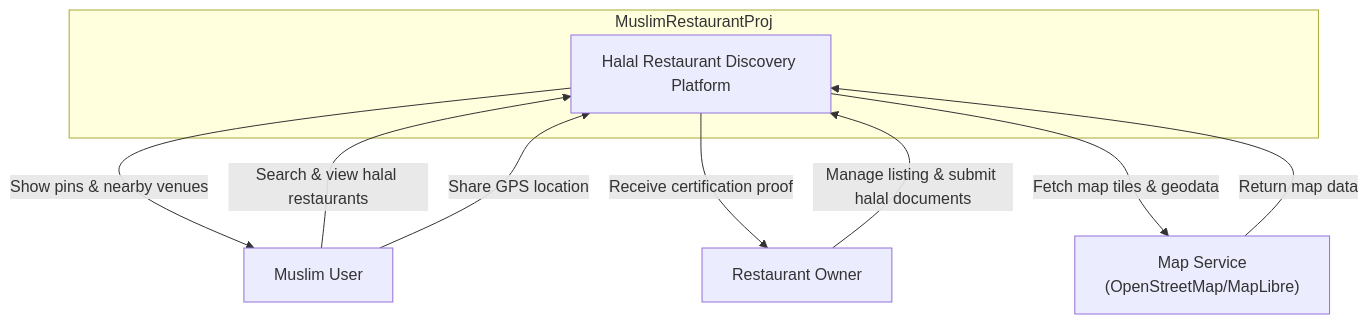
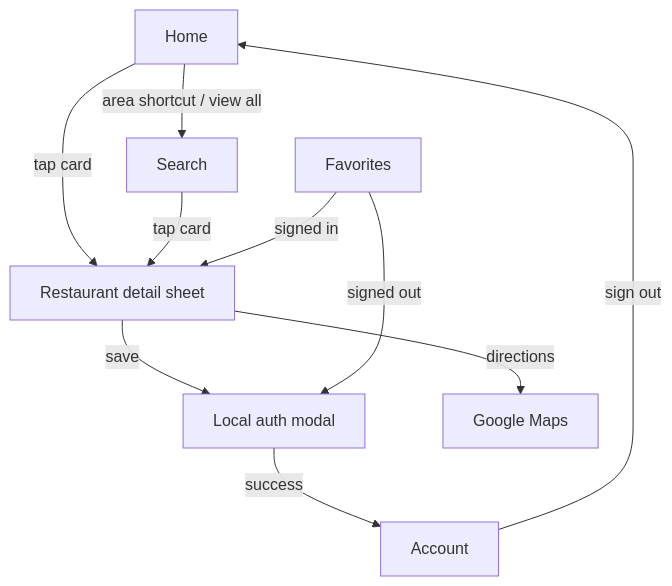
The second of 4 diagrams in .docs/02-design/diagrams.md (aro-phattarapon-stack/MuslimRestaurantProject), drawn with Mermaid before and after one commit. The commit also changed other lines of this file and 13 other files, not shown here.

````diff
--- a/.docs/02-design/diagrams.md
+++ b/.docs/02-design/diagrams.md
@@ -5,20 +25,19 @@
 ```mermaid
 flowchart TD
-    subgraph SYS["MuslimRestaurantProj"]
-        SYSTEM["Halal Restaurant Discovery Platform"]
-    end
+    HOME["Home"]
+    SEARCH["Search"]
+    DETAIL["Restaurant detail sheet"]
+    FAV["Favorites"]
+    ACCOUNT["Account"]
+    AUTH["Local auth modal"]
 
-    MUSLIM["Muslim User"]
-    OWNER["Restaurant Owner"]
-    MAPSVC["Map Service<br/>(OpenStreetMap/MapLibre)"]
-
-    MUSLIM -->|Search & view halal restaurants| SYSTEM
-    MUSLIM -->|Share GPS location| SYSTEM
-    SYSTEM -->|Show pins & nearby venues| MUSLIM
-
-    OWNER -->|Manage listing & submit halal documents| SYSTEM
-    SYSTEM -->|Receive certification proof| OWNER
-
-    SYSTEM -->|Fetch map tiles & geodata| MAPSVC
-    MAPSVC -->|Return map data| SYSTEM
+    HOME -->|area shortcut / view all| SEARCH
+    HOME -->|tap card| DETAIL
+    SEARCH -->|tap card| DETAIL
+    DETAIL -->|save| AUTH
+    DETAIL -->|directions| MAP["Google Maps"]
+    FAV -->|signed out| AUTH
+    FAV -->|signed in| DETAIL
+    ACCOUNT -->|sign out| HOME
+    AUTH -->|success| ACCOUNT
 ```
````
